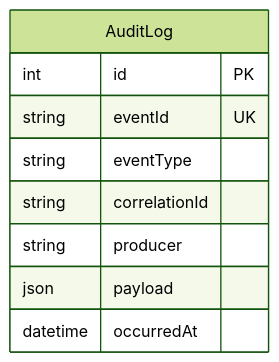
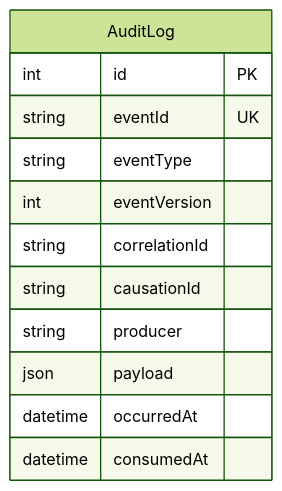
The fifth of 5 diagrams in Docs/domain/domain-model.md (GaryAlexAC/Proyecto-SA-B-11), drawn with Mermaid (forest theme) before and after one commit. The commit also changed other lines of this file, not shown here.

````diff
--- a/Docs/domain/domain-model.md
+++ b/Docs/domain/domain-model.md
@@ -109,12 +174,15 @@
 ```mermaid
 erDiagram
     AuditLog {
         int id PK
         string eventId UK
         string eventType
+        int eventVersion
         string correlationId
+        string causationId
         string producer
         json payload
         datetime occurredAt
+        datetime consumedAt
     }
 ```
````
